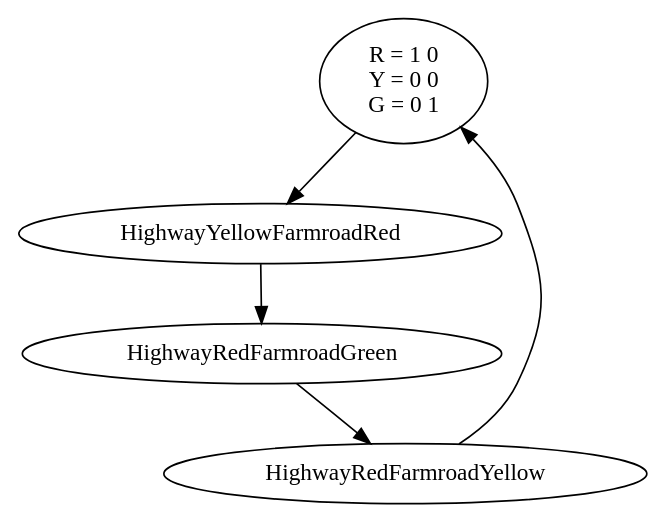
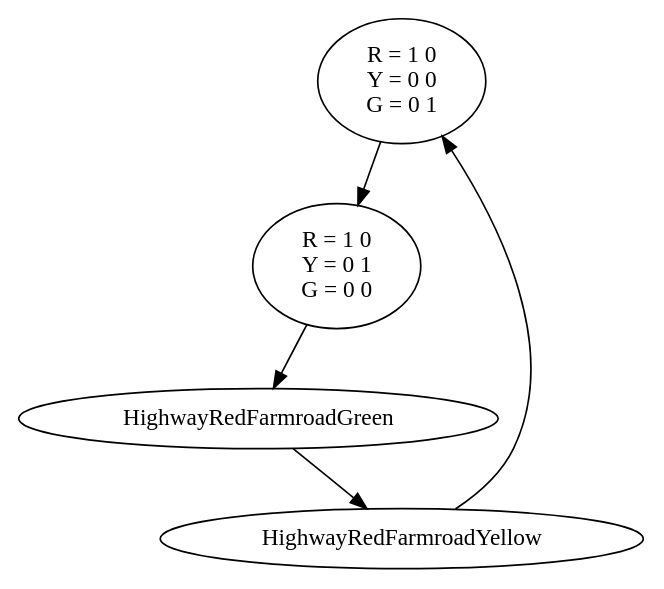
Before and after one commit to jandersson/iscas-89-s298: the diagram in dot/s298.gv, drawn with Graphviz. The commit also changed 1 other file, not shown here.

Commit message:
Update Node Label for HighwayYellow, Add postscript output

```diff
--- a/dot/s298.gv
+++ b/dot/s298.gv
@@ -1,7 +1,8 @@
 digraph s298 {
-	HighwayGreen -> HighwayYellowFarmroadRed;
-	HighwayYellowFarmroadRed -> HighwayRedFarmroadGreen;
+	HighwayGreen -> HighwayYellow;
+	HighwayYellow -> HighwayRedFarmroadGreen;
 	HighwayRedFarmroadGreen -> HighwayRedFarmroadYellow;
 	HighwayRedFarmroadYellow -> HighwayGreen;
 	HighwayGreen [label="R = 1 0\nY = 0 0\nG = 0 1"];
+	HighwayYellow [label="R = 1 0\nY = 0 1\nG = 0 0"];
 }
```
